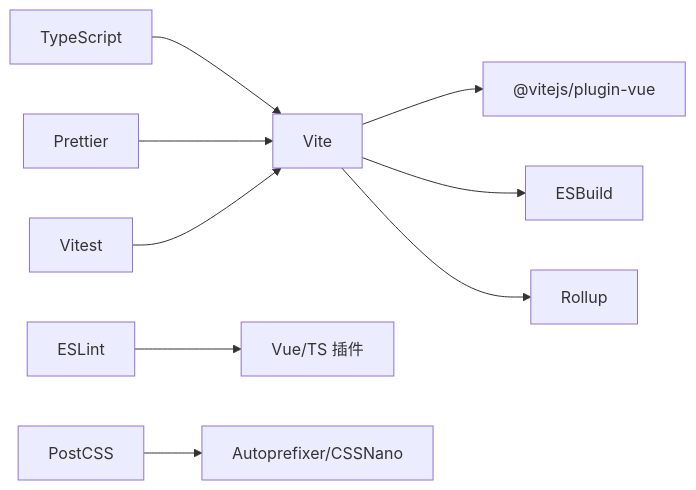
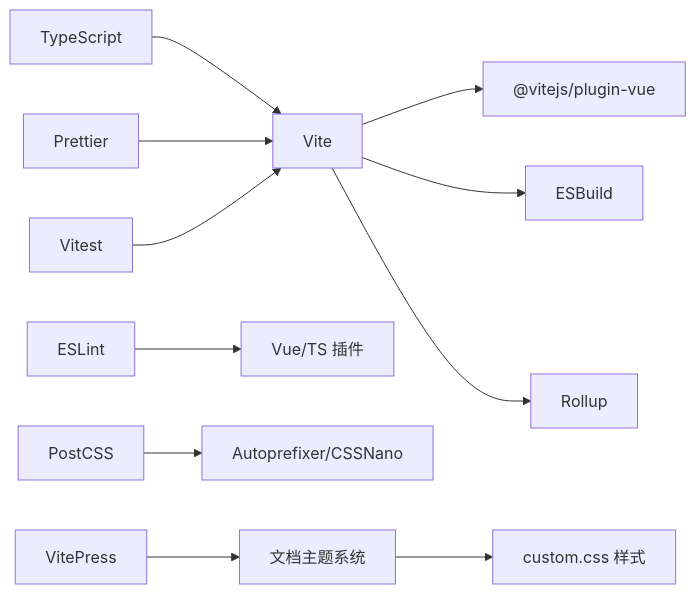
One commit to ja-plus/stk-table-vue changed the fourth of 4 diagrams in .qoder/repowiki/zh/content/集成指南/构建配置/构建配置.md. Above: the diagram before and after it, drawn with Mermaid. The commit also changed other lines of this file and 54 other files, not shown here.

````diff
--- a/.qoder/repowiki/zh/content/集成指南/构建配置/构建配置.md
+++ b/.qoder/repowiki/zh/content/集成指南/构建配置/构建配置.md
@@ -203,11 +234,13 @@
 ```mermaid
 graph LR
 A["Vite"] --> B["@vitejs/plugin-vue"]
 A --> C["ESBuild"]
 A --> D["Rollup"]
 E["TypeScript"] --> A
 F["ESLint"] --> G["Vue/TS 插件"]
 H["Prettier"] --> A
 I["PostCSS"] --> J["Autoprefixer/CSSNano"]
 K["Vitest"] --> A
+L["VitePress"] --> M["文档主题系统"]
+M --> N["custom.css 样式"]
 ```
````
